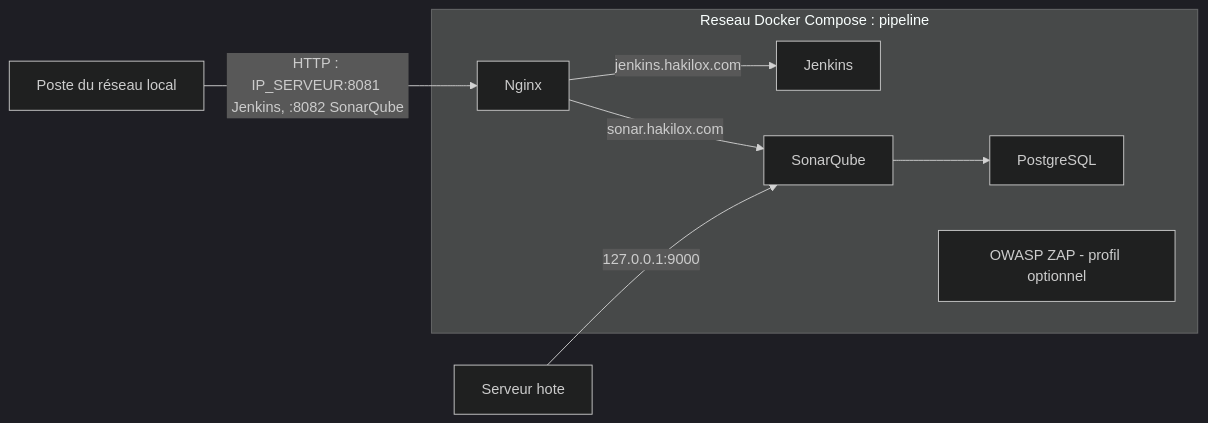
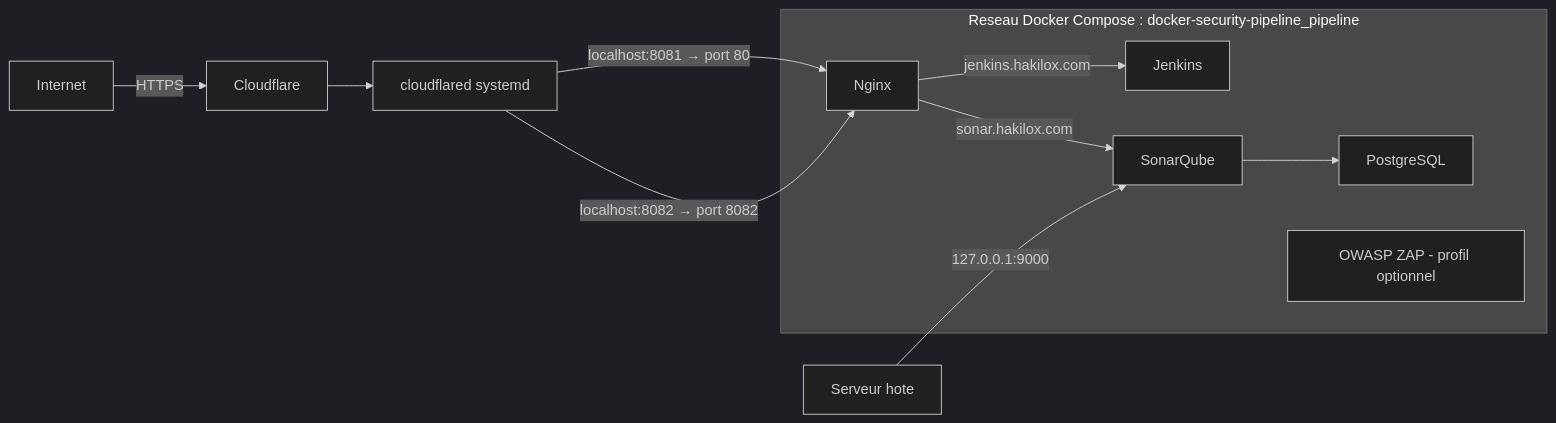
One commit to Drak-01/Docker-security-pipeline changed the diagram in docs/architecture.md. Above: the diagram before and after it, drawn with Mermaid (dark theme). The commit also changed other lines of this file and 4 other files, not shown here.

Commit message:
tunnel avec cloudflared

````diff
--- a/docs/architecture.md
+++ b/docs/architecture.md
@@ -20,13 +20,16 @@
 ```mermaid
 flowchart LR
-    Client[Poste du réseau local] -->|HTTP : IP_SERVEUR:8081 Jenkins, :8082 SonarQube| Nginx
+    Client[Internet] -->|HTTPS| Cloudflare
+    Cloudflare --> Tunnel[cloudflared systemd]
 
-    subgraph Docker[Reseau Docker Compose : pipeline]
+    subgraph Docker[Reseau Docker Compose : docker-security-pipeline_pipeline]
         Nginx -->|jenkins.hakilox.com| Jenkins
         Nginx -->|sonar.hakilox.com| SonarQube
         SonarQube --> PostgreSQL
         ZAP[OWASP ZAP - profil optionnel]
     end
 
+    Tunnel -->|localhost:8081 → port 80| Nginx
+    Tunnel -->|localhost:8082 → port 8082| Nginx
     Administrateur[Serveur hote] -->|127.0.0.1:9000| SonarQube
 ```
````
